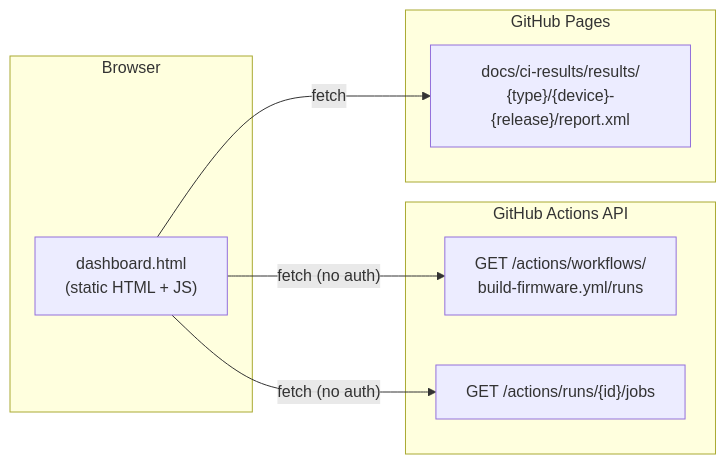
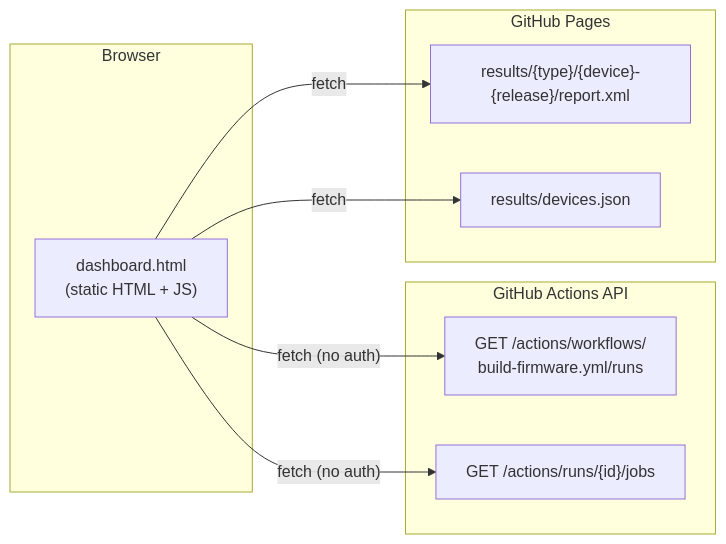
Before and after one commit to ccasanueva7/pi-hil-testing-utils: the diagram in docs/ci-results/architecture.md, drawn with Mermaid. The commit also changed other lines of this file, not shown here.

Commit message:
docs(dashboard): update architecture with PAGES_BASE, devices.json source, error handling

````diff
--- a/docs/ci-results/architecture.md
+++ b/docs/ci-results/architecture.md
@@ -7,19 +7,21 @@
 ```mermaid
 flowchart LR
     subgraph browser [Browser]
         HTML["dashboard.html\n(static HTML + JS)"]
     end
 
     subgraph gh_api [GitHub Actions API]
         runs["GET /actions/workflows/\nbuild-firmware.yml/runs"]
         jobs["GET /actions/runs/{id}/jobs"]
     end
 
     subgraph pages [GitHub Pages]
-        xml["docs/ci-results/results/\n{type}/{device}-{release}/report.xml"]
+        xml["results/{type}/{device}-{release}/report.xml"]
+        devjson["results/devices.json"]
     end
 
     HTML -->|"fetch (no auth)"| runs
     HTML -->|"fetch (no auth)"| jobs
     HTML -->|"fetch"| xml
+    HTML -->|"fetch"| devjson
 ```
````
